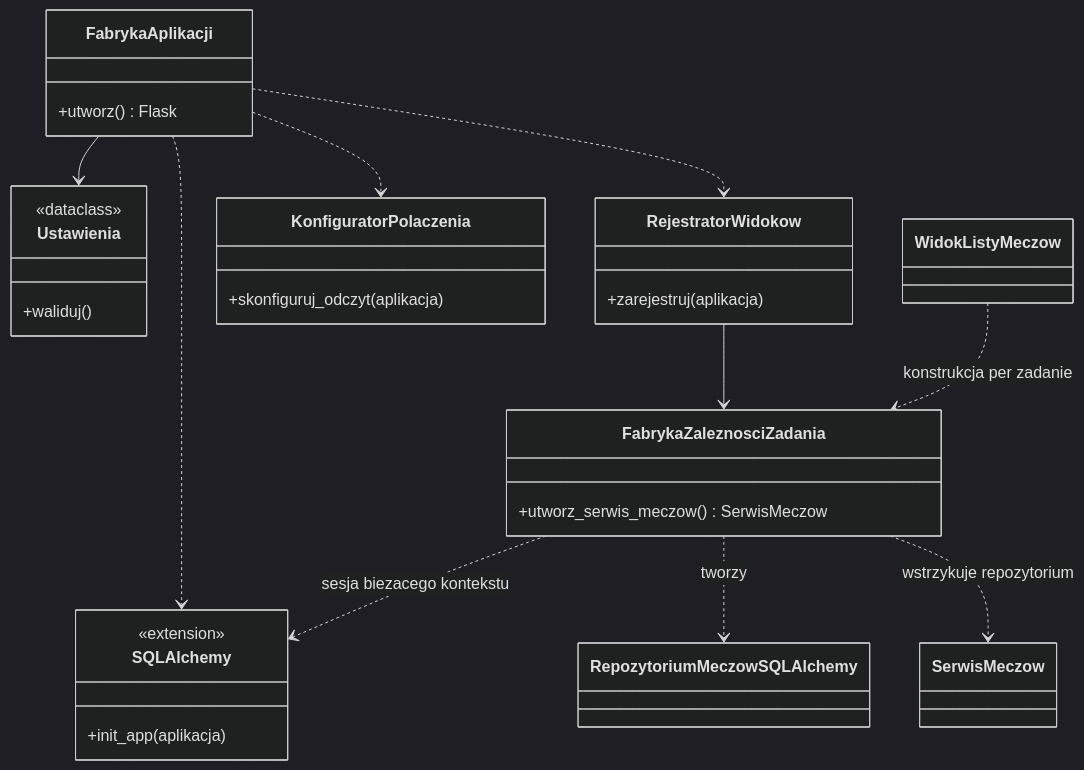
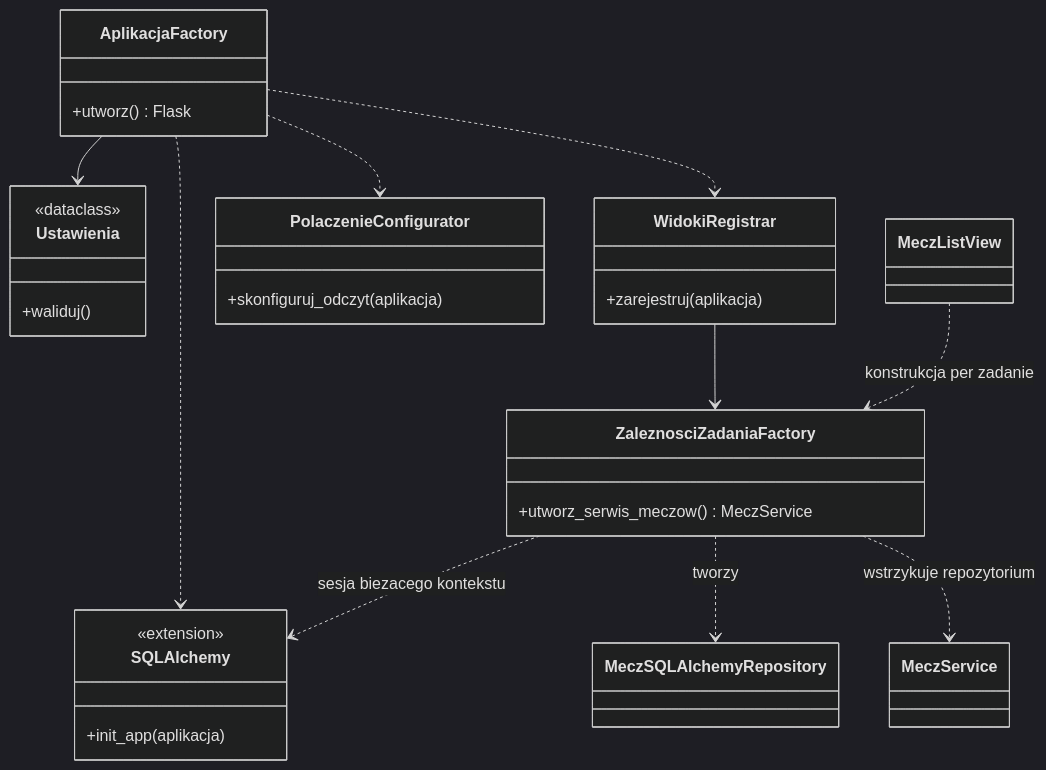
One commit to michkaminski/handaball_datascience changed the second of 3 diagrams in docs/UML.md. Above: the diagram before and after it, drawn with Mermaid (dark theme). The commit also changed other lines of this file and 132 other files, not shown here.

````diff
--- a/docs/UML.md
+++ b/docs/UML.md
@@ -112,35 +116,35 @@
 ```mermaid
 classDiagram
     class Ustawienia {
         <<dataclass>>
         +waliduj()
     }
-    class FabrykaAplikacji {
+    class AplikacjaFactory {
         +utworz() Flask
     }
-    class RejestratorWidokow {
+    class WidokiRegistrar {
         +zarejestruj(aplikacja)
     }
-    class FabrykaZaleznosciZadania {
-        +utworz_serwis_meczow() SerwisMeczow
+    class ZaleznosciZadaniaFactory {
+        +utworz_serwis_meczow() MeczService
     }
-    class KonfiguratorPolaczenia {
+    class PolaczenieConfigurator {
         +skonfiguruj_odczyt(aplikacja)
     }
     class SQLAlchemy {
         <<extension>>
         +init_app(aplikacja)
     }
-    class SerwisMeczow
-    class RepozytoriumMeczowSQLAlchemy
-    class WidokListyMeczow
-    FabrykaAplikacji --> Ustawienia
-    FabrykaAplikacji ..> SQLAlchemy
-    FabrykaAplikacji ..> KonfiguratorPolaczenia
-    FabrykaAplikacji ..> RejestratorWidokow
-    RejestratorWidokow --> FabrykaZaleznosciZadania
-    WidokListyMeczow ..> FabrykaZaleznosciZadania : konstrukcja per zadanie
-    FabrykaZaleznosciZadania ..> SQLAlchemy : sesja biezacego kontekstu
-    FabrykaZaleznosciZadania ..> RepozytoriumMeczowSQLAlchemy : tworzy
-    FabrykaZaleznosciZadania ..> SerwisMeczow : wstrzykuje repozytorium
+    class MeczService
+    class MeczSQLAlchemyRepository
+    class MeczListView
+    AplikacjaFactory --> Ustawienia
+    AplikacjaFactory ..> SQLAlchemy
+    AplikacjaFactory ..> PolaczenieConfigurator
+    AplikacjaFactory ..> WidokiRegistrar
+    WidokiRegistrar --> ZaleznosciZadaniaFactory
+    MeczListView ..> ZaleznosciZadaniaFactory : konstrukcja per zadanie
+    ZaleznosciZadaniaFactory ..> SQLAlchemy : sesja biezacego kontekstu
+    ZaleznosciZadaniaFactory ..> MeczSQLAlchemyRepository : tworzy
+    ZaleznosciZadaniaFactory ..> MeczService : wstrzykuje repozytorium
 ```
````
